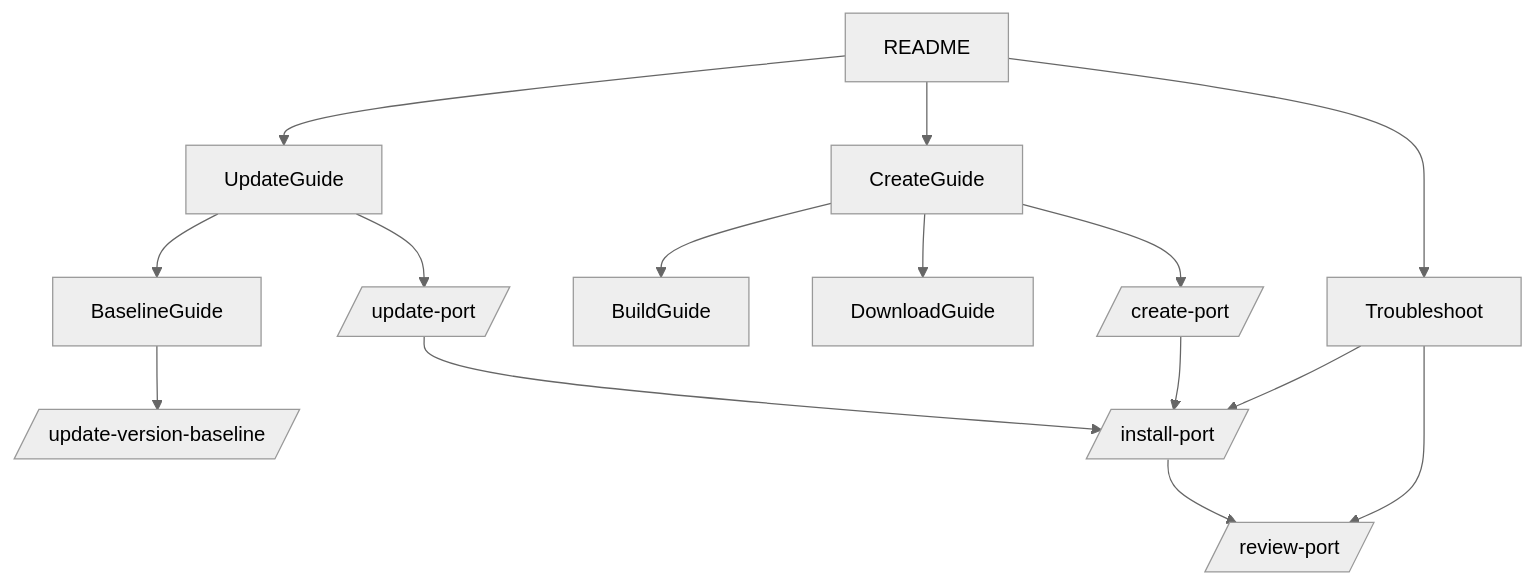
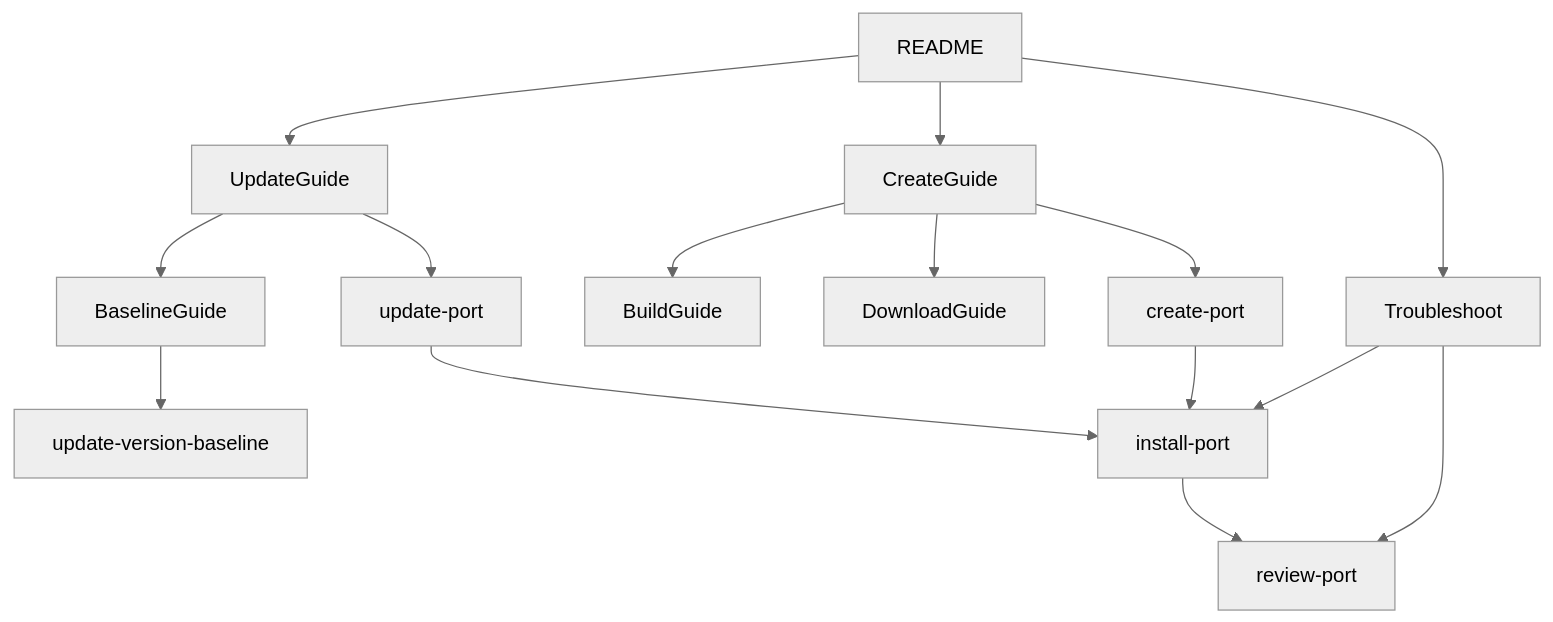
The first of 2 diagrams in docs/prompt-designs.md (luncliff/vcpkg-registry), drawn with Mermaid (neutral theme) before and after one commit. The commit also changed other lines of this file and 22 other files, not shown here.

````diff
--- a/docs/prompt-designs.md
+++ b/docs/prompt-designs.md
@@ -46,17 +46,17 @@
 ```mermaid
 flowchart TD
   README --> CreateGuide
   README --> UpdateGuide
   README --> Troubleshoot
-  CreateGuide --> CreatePrompt[/create-port/]
+  CreateGuide --> CreateSkill[create-port]
   CreateGuide --> BuildGuide
   CreateGuide --> DownloadGuide
-  UpdateGuide --> UpdatePrompt[/update-port/]
+  UpdateGuide --> UpdateSkill[update-port]
   UpdateGuide --> BaselineGuide
-  BaselineGuide --> BaselinePrompt[/update-version-baseline/]
-  Troubleshoot --> InstallPrompt[/install-port/]
-  Troubleshoot --> ReviewPrompt[/review-port/]
-  InstallPrompt --> ReviewPrompt
-  CreatePrompt --> InstallPrompt
-  UpdatePrompt --> InstallPrompt
+  BaselineGuide --> BaselineSkill[update-version-baseline]
+  Troubleshoot --> InstallSkill[install-port]
+  Troubleshoot --> ReviewSkill[review-port]
+  InstallSkill --> ReviewSkill
+  CreateSkill --> InstallSkill
+  UpdateSkill --> InstallSkill
 ```
````
